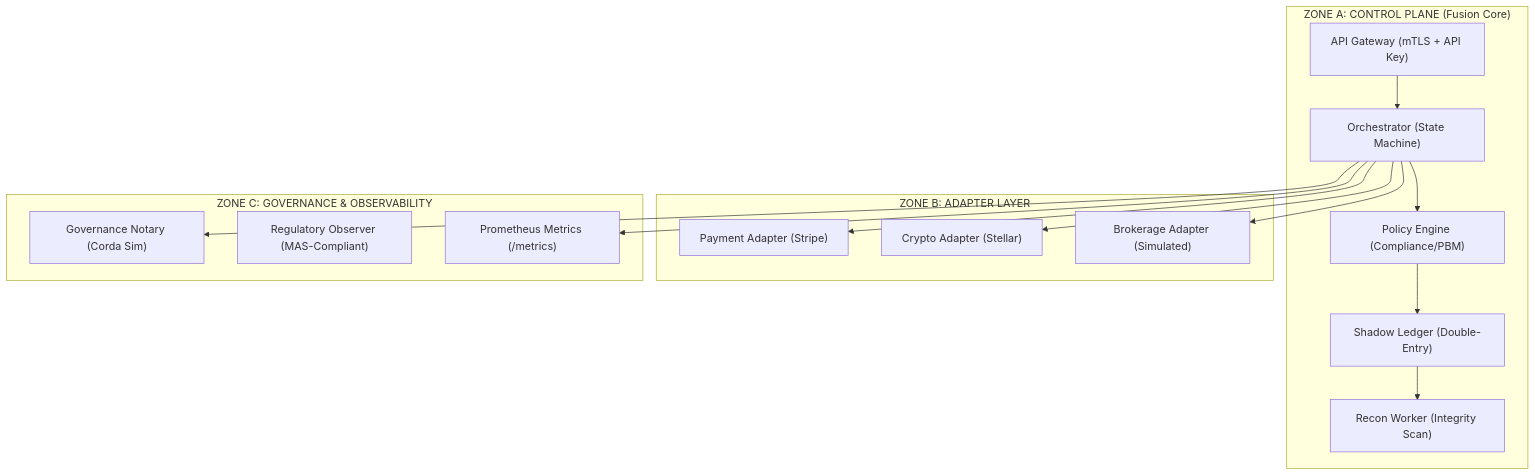
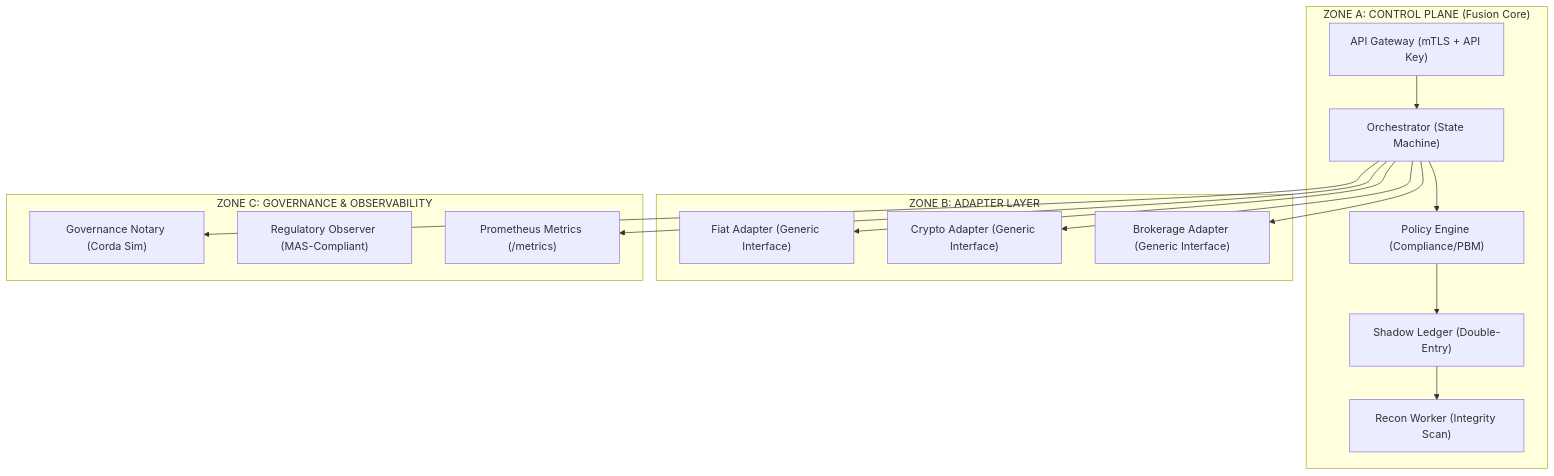
One commit to praveenpretto-cloud/Project-Fusion changed the diagram in readme.md. Above: the diagram before and after it, drawn with Mermaid. The commit also changed other lines of this file, not shown here.

````diff
--- a/readme.md
+++ b/readme.md
@@ -27,32 +29,32 @@
 ```mermaid
 graph TD
     subgraph "ZONE A: CONTROL PLANE (Fusion Core)"
         AGW["API Gateway (mTLS + API Key)"]
         ORC["Orchestrator (State Machine)"]
         PE["Policy Engine (Compliance/PBM)"]
         SL["Shadow Ledger (Double-Entry)"]
         RW["Recon Worker (Integrity Scan)"]
     end
 
     subgraph "ZONE B: ADAPTER LAYER"
-        AP["Payment Adapter (Stripe)"]
-        AC["Crypto Adapter (Stellar)"]
-        AB["Brokerage Adapter (Simulated)"]
+        AP["Fiat Adapter (Generic Interface)"]
+        AC["Crypto Adapter (Generic Interface)"]
+        AB["Brokerage Adapter (Generic Interface)"]
     end
 
     subgraph "ZONE C: GOVERNANCE & OBSERVABILITY"
         GN["Governance Notary (Corda Sim)"]
         RO["Regulatory Observer (MAS-Compliant)"]
         PR["Prometheus Metrics (/metrics)"]
     end
 
     AGW --> ORC
     ORC --> PE
     PE --> SL
     ORC --> AP
     ORC --> AC
     ORC --> AB
     SL --> RW
     ORC --> GN
     ORC --> PR
 ```
````
